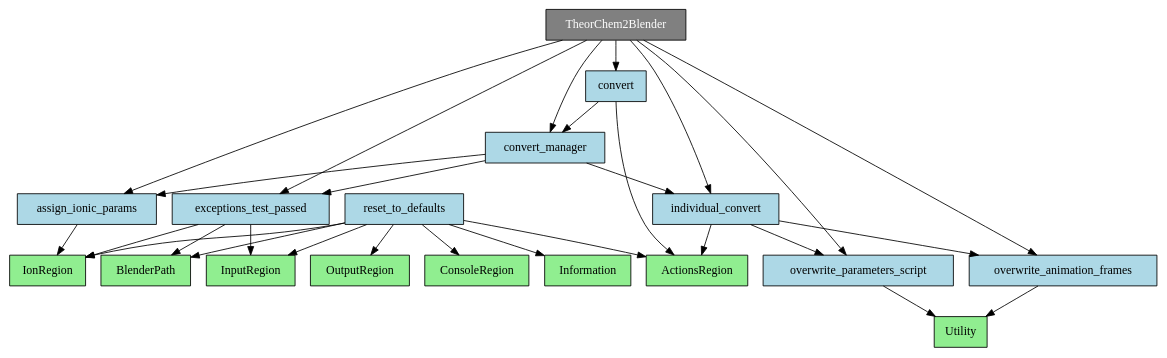
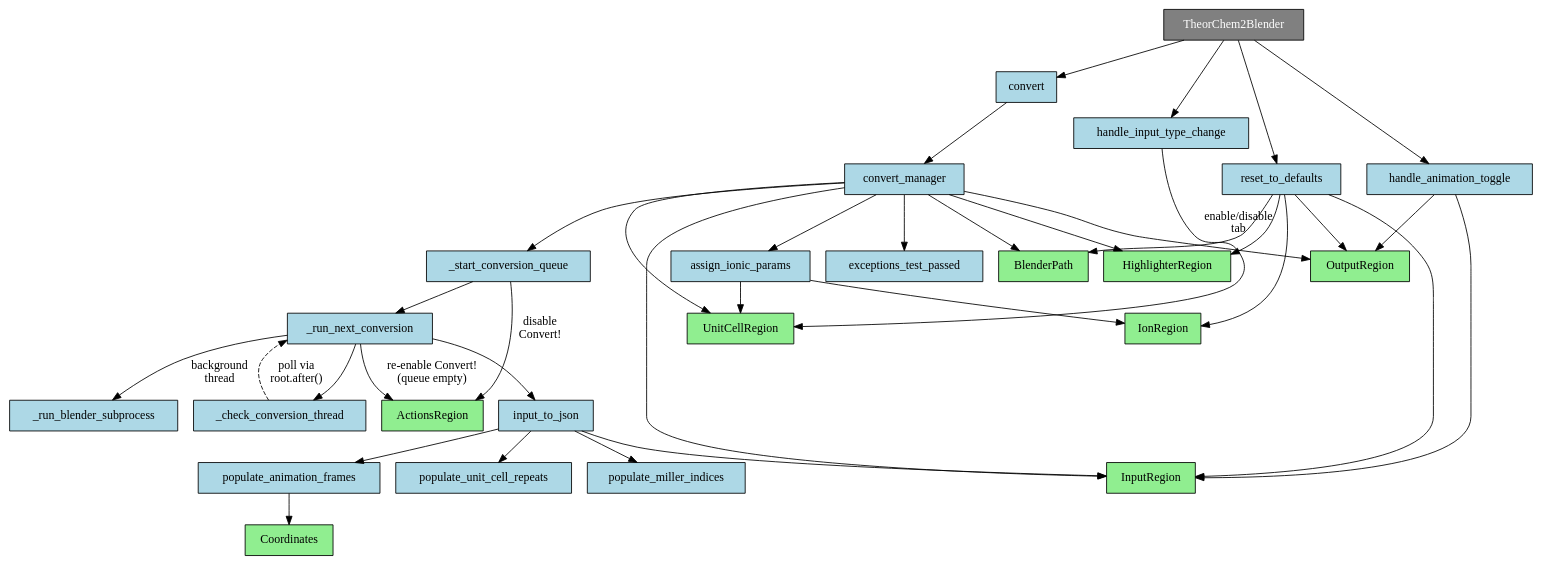
The fourth of 5 diagrams in docs/components.rst (eecheve/Gaussian-2-Blender), drawn with Graphviz before and after one commit. The commit also changed other lines of this file and 13 other files, not shown here.

```diff
--- a/docs/components.rst
+++ b/docs/components.rst
@@ -130,62 +225,79 @@
 .. graphviz::
 
    digraph GUI {
       node [shape=box, style=filled];
 
       TheorChem2Blender [fillcolor=gray, fontcolor=white, color=black, style=filled, shape=box];
 
-      assign_ionic_params [fillcolor=lightblue];
       convert [fillcolor=lightblue];
       convert_manager [fillcolor=lightblue];
       exceptions_test_passed [fillcolor=lightblue];
-      individual_convert [fillcolor=lightblue];
-      overwrite_animation_frames [fillcolor=lightblue];
-      overwrite_parameters_script [fillcolor=lightblue];
+      assign_ionic_params [fillcolor=lightblue];
+      start_conversion_queue [label="_start_conversion_queue", fillcolor=lightblue];
+      run_next_conversion [label="_run_next_conversion", fillcolor=lightblue];
+      run_blender_subprocess [label="_run_blender_subprocess", fillcolor=lightblue];
+      check_conversion_thread [label="_check_conversion_thread", fillcolor=lightblue];
+      input_to_json [fillcolor=lightblue];
+      populate_animation_frames [fillcolor=lightblue];
+      populate_unit_cell_repeats [fillcolor=lightblue];
+      populate_miller_indices [fillcolor=lightblue];
       reset_to_defaults [fillcolor=lightblue];
+      handle_animation_toggle [fillcolor=lightblue];
+      handle_input_type_change [fillcolor=lightblue];
 
+      BlenderPath [fillcolor=lightgreen];
+      InputRegion [fillcolor=lightgreen];
+      HighlighterRegion [fillcolor=lightgreen];
+      OutputRegion [fillcolor=lightgreen];
       IonRegion [fillcolor=lightgreen];
-      Utility [fillcolor=lightgreen];
+      UnitCellRegion [fillcolor=lightgreen];
       ActionsRegion [fillcolor=lightgreen];
-      BlenderPath [fillcolor=lightgreen];
-      OutputRegion [fillcolor=lightgreen];
-      InputRegion [fillcolor=lightgreen];
-      ConsoleRegion [fillcolor=lightgreen];
-      Information [fillcolor=lightgreen];
+      Coordinates [fillcolor=lightgreen];
 
-      TheorChem2Blender -> assign_ionic_params;
       TheorChem2Blender -> convert;
-      TheorChem2Blender -> convert_manager;
-      TheorChem2Blender -> exceptions_test_passed;
-      TheorChem2Blender -> individual_convert;
-      TheorChem2Blender -> overwrite_animation_frames;
-      TheorChem2Blender -> overwrite_parameters_script;
-
-      assign_ionic_params -> IonRegion;
-
-      convert -> ActionsRegion;
-      reset_to_defaults -> ActionsRegion;
-      individual_convert -> ActionsRegion;
+      TheorChem2Blender -> reset_to_defaults;
+      TheorChem2Blender -> handle_animation_toggle;
+      TheorChem2Blender -> handle_input_type_change;
 
       convert -> convert_manager;
 
+      convert_manager -> BlenderPath;
+      convert_manager -> InputRegion;
+      convert_manager -> HighlighterRegion;
+      convert_manager -> OutputRegion;
+      convert_manager -> UnitCellRegion;
       convert_manager -> exceptions_test_passed;
       convert_manager -> assign_ionic_params;
-      convert_manager -> individual_convert;
+      convert_manager -> start_conversion_queue;
 
-      exceptions_test_passed -> BlenderPath;
-      exceptions_test_passed -> InputRegion;
-      exceptions_test_passed -> IonRegion;
+      assign_ionic_params -> IonRegion;
+      assign_ionic_params -> UnitCellRegion;
 
-      individual_convert -> overwrite_animation_frames;
-      individual_convert -> overwrite_parameters_script;
+      start_conversion_queue -> ActionsRegion [label="disable\nConvert!"];
+      start_conversion_queue -> run_next_conversion;
 
-      overwrite_animation_frames -> Utility;
-      overwrite_parameters_script -> Utility;
+      run_next_conversion -> input_to_json;
+      run_next_conversion -> run_blender_subprocess [label="background\nthread"];
+      run_next_conversion -> check_conversion_thread;
+      run_next_conversion -> ActionsRegion [label="re-enable Convert!\n(queue empty)"];
+
+      check_conversion_thread -> run_next_conversion [label="poll via\nroot.after()", style=dashed];
+
+      input_to_json -> InputRegion;
+      input_to_json -> populate_animation_frames;
+      input_to_json -> populate_unit_cell_repeats;
+      input_to_json -> populate_miller_indices;
+
+      populate_animation_frames -> Coordinates;
 
       reset_to_defaults -> BlenderPath;
       reset_to_defaults -> OutputRegion;
       reset_to_defaults -> InputRegion;
+      reset_to_defaults -> HighlighterRegion;
       reset_to_defaults -> IonRegion;
-      reset_to_defaults -> ConsoleRegion;
-      reset_to_defaults -> Information;
+
+      handle_animation_toggle -> OutputRegion;
+      handle_animation_toggle -> InputRegion;
+
+      handle_input_type_change -> UnitCellRegion [label="enable/disable\ntab"];
    }
```
